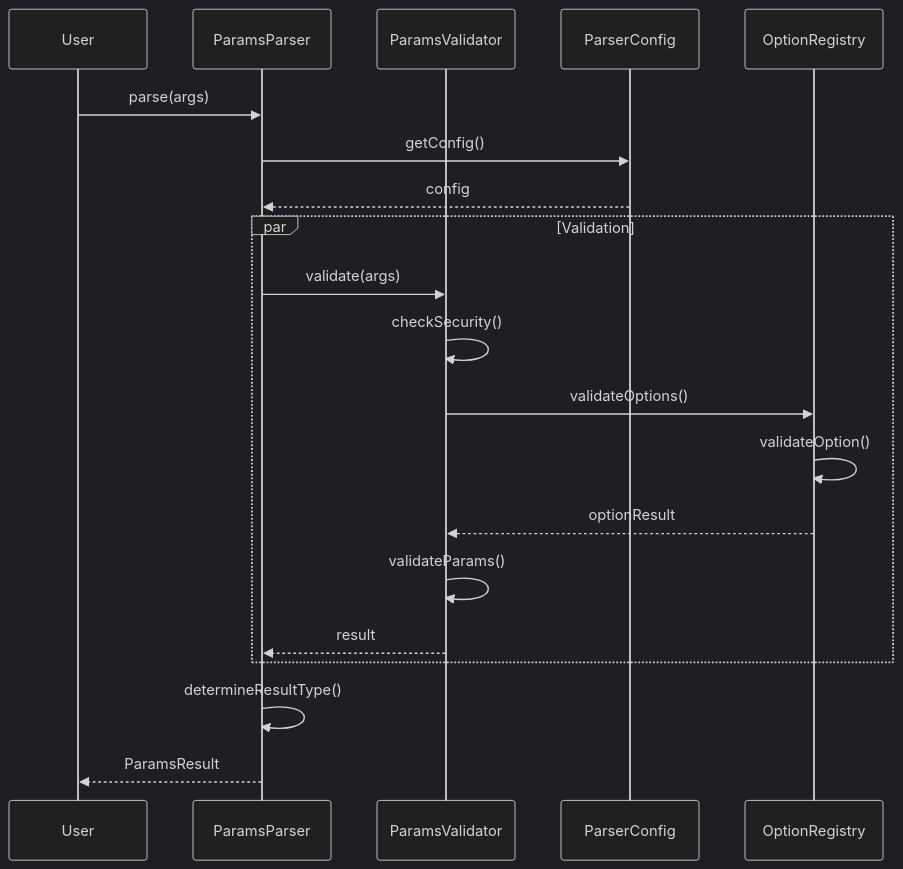
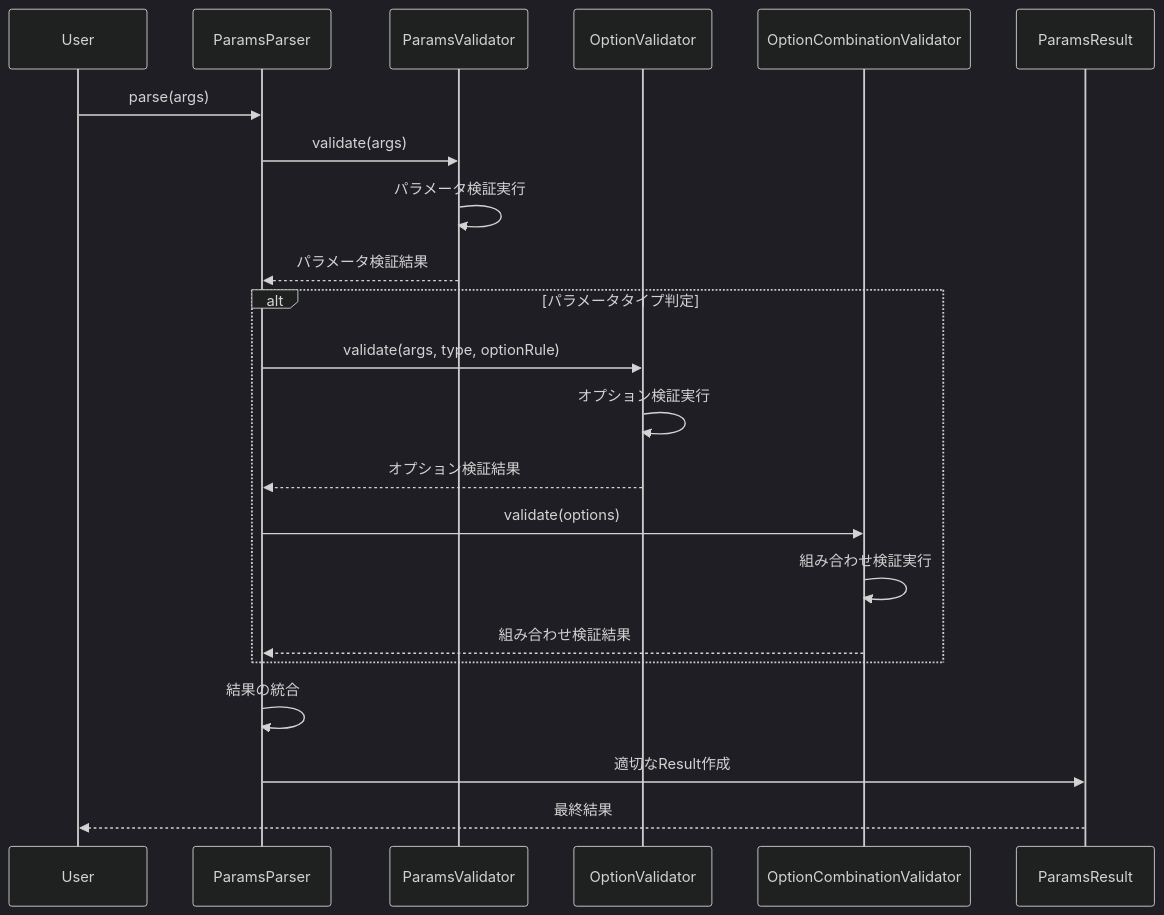
Before and after one commit to tettuan/breakdownparams: the second of 7 diagrams in docs/architecture/layer2_diagrams.ja.md, drawn with Mermaid (dark theme). The commit also changed other lines of this file and 32 other files, not shown here.

First line of the commit message:
refactor(validator): restructure option validation system

````diff
--- a/docs/architecture/layer2_diagrams.ja.md
+++ b/docs/architecture/layer2_diagrams.ja.md
@@ -35,25 +37,29 @@
 ```mermaid
 sequenceDiagram
     participant User
     participant Parser as ParamsParser
-    participant Validator as ParamsValidator
-    participant Config as ParserConfig
-    participant Options as OptionRegistry
+    participant PValidator as ParamsValidator
+    participant OValidator as OptionValidator
+    participant OCombValidator as OptionCombinationValidator
+    participant Result as ParamsResult
     
     User->>Parser: parse(args)
-    Parser->>Config: getConfig()
-    Config-->>Parser: config
     
-    par Validation
-        Parser->>Validator: validate(args)
-        Validator->>Validator: checkSecurity()
-        Validator->>Options: validateOptions()
-        Options->>Options: validateOption()
-        Options-->>Validator: optionResult
-        Validator->>Validator: validateParams()
-        Validator-->>Parser: result
+    Parser->>PValidator: validate(args)
+    PValidator->>PValidator: パラメータ検証実行
+    PValidator-->>Parser: パラメータ検証結果
+    
+    alt パラメータタイプ判定
+        Parser->>OValidator: validate(args, type, optionRule)
+        OValidator->>OValidator: オプション検証実行
+        OValidator-->>Parser: オプション検証結果
+        
+        Parser->>OCombValidator: validate(options)
+        OCombValidator->>OCombValidator: 組み合わせ検証実行
+        OCombValidator-->>Parser: 組み合わせ検証結果
     end
     
-    Parser->>Parser: determineResultType()
-    Parser-->>User: ParamsResult
+    Parser->>Parser: 結果の統合
+    Parser->>Result: 適切なResult作成
+    Result-->>User: 最終結果
 ```
````
